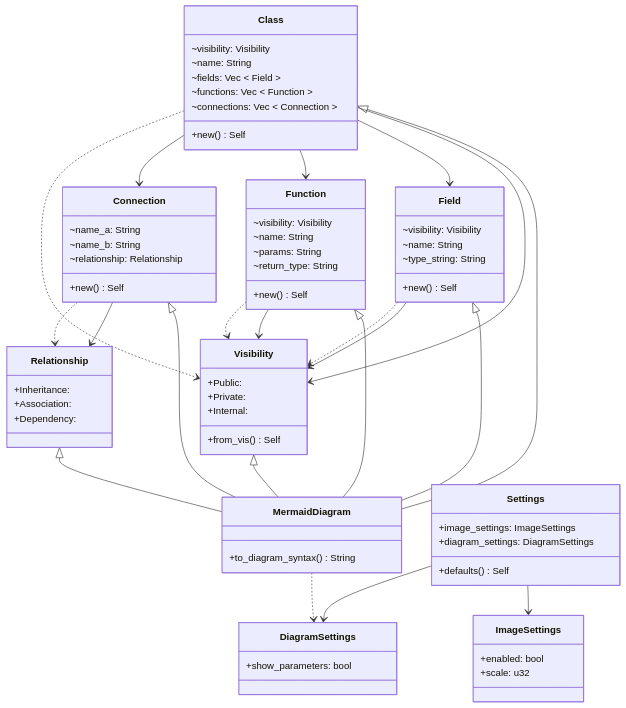
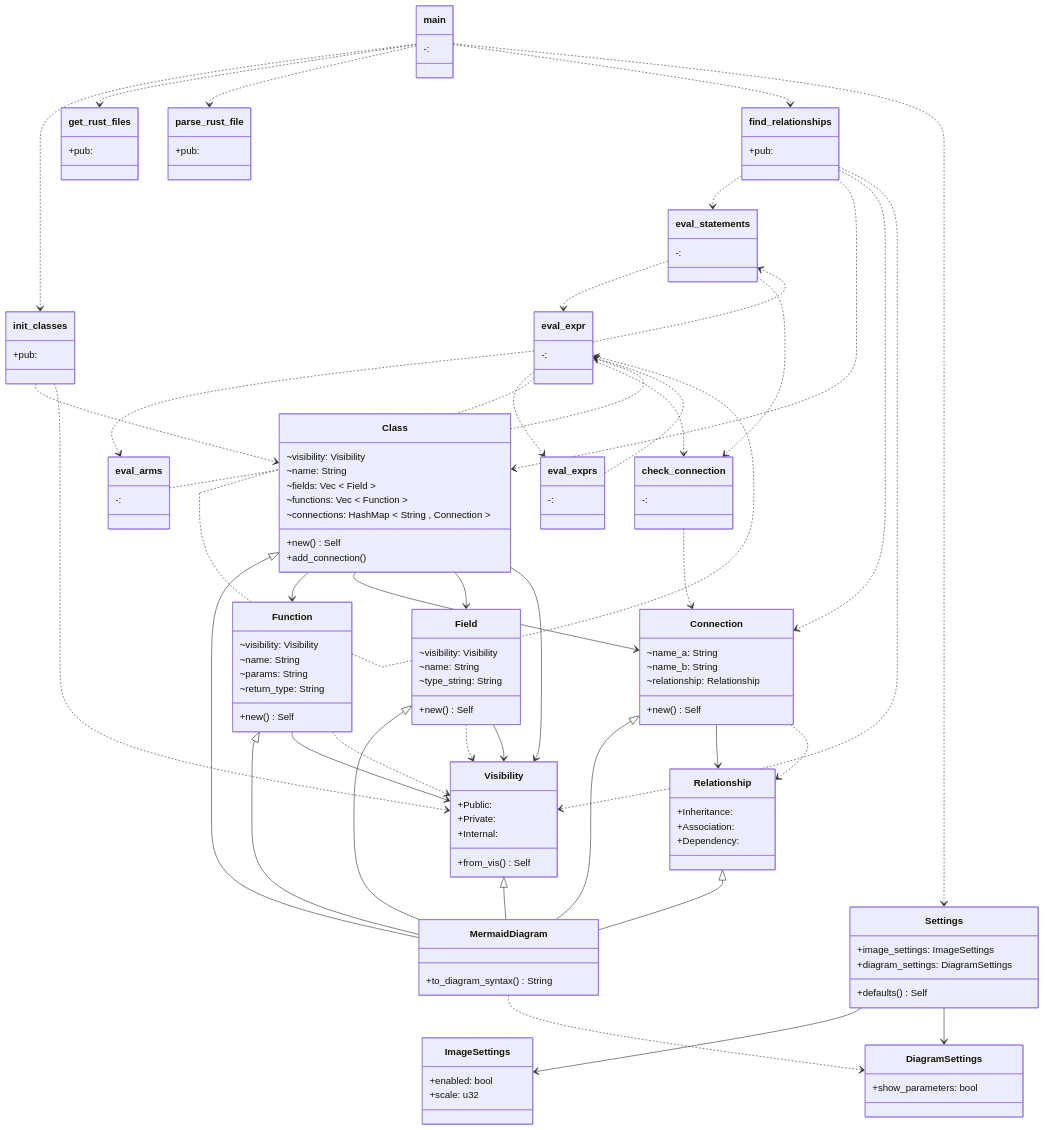
The diagram in diagram.mmd (gusjengis/mermaid-class-diagrams), drawn with Mermaid before and after one commit. The commit also changed other lines of this file and 9 other files, not shown here.

```diff
--- a/diagram.mmd
+++ b/diagram.mmd
@@ -1,75 +1,164 @@
 classDiagram
+
+class init_classes {
++pub: 
+}
+
+main ..> init_classes
+
+class get_rust_files {
++pub: 
+}
+
+main ..> get_rust_files
+
+class parse_rust_file {
++pub: 
+}
+
+main ..> parse_rust_file
 
 class MermaidDiagram {
 +to_diagram_syntax() String
 }
+
+Visibility <|-- MermaidDiagram
+Relationship <|-- MermaidDiagram
 Class <|-- MermaidDiagram
 Function <|-- MermaidDiagram
+Connection <|-- MermaidDiagram
 Field <|-- MermaidDiagram
-Visibility <|-- MermaidDiagram
-Connection <|-- MermaidDiagram
-Relationship <|-- MermaidDiagram
+
+class find_relationships {
++pub: 
+}
+
+main ..> find_relationships
+
+class eval_statements {
+-: 
+}
+
+find_relationships ..> eval_statements
+eval_expr ..> eval_statements
+
+class eval_arms {
+-: 
+}
+
+eval_expr ..> eval_arms
+
+class eval_exprs {
+-: 
+}
+
+eval_expr ..> eval_exprs
+
+class eval_expr {
+-: 
+}
+
+eval_arms ..> eval_expr
+eval_exprs ..> eval_expr
+eval_statements ..> eval_expr
+eval_expr ..> eval_expr
+
+class check_connection {
+-: 
+}
+
+eval_statements ..> check_connection
+eval_expr ..> check_connection
+
 class Class {
 ~visibility: Visibility
 ~name: String
 ~fields: Vec < Field >
 ~functions: Vec < Function >
-~connections: Vec < Connection >
+~connections: HashMap < String , Connection >
 +new() Self
++add_connection() 
 }
-Class --> Visibility
-Class --> Field
+
 Class --> Function
 Class --> Connection
-Class ..> Visibility
+Class --> Field
+find_relationships ..> Class
+Class --> Visibility
+init_classes ..> Class
+
 class Field {
 ~visibility: Visibility
 ~name: String
 ~type_string: String
 +new() Self
 }
+
+Field ..> Visibility
 Field --> Visibility
-Field ..> Visibility
+
 class Function {
 ~visibility: Visibility
 ~name: String
 ~params: String
 ~return_type: String
 +new() Self
 }
+
 Function --> Visibility
 Function ..> Visibility
+
 class Connection {
 ~name_a: String
 ~name_b: String
 ~relationship: Relationship
 +new() Self
 }
+
+find_relationships ..> Connection
 Connection --> Relationship
+check_connection ..> Connection
 Connection ..> Relationship
+
 class Relationship {
 +Inheritance: 
 +Association: 
 +Dependency: 
 }
+
+
 class Visibility {
 +Public: 
 +Private: 
 +Internal: 
 +from_vis() Self
 }
+
+find_relationships ..> Visibility
+init_classes ..> Visibility
+
 class Settings {
 +image_settings: ImageSettings
 +diagram_settings: DiagramSettings
 +defaults() Self
 }
+
+main ..> Settings
 Settings --> ImageSettings
 Settings --> DiagramSettings
+
 class ImageSettings {
 +enabled: bool
 +scale: u32
 }
+
+
 class DiagramSettings {
 +show_parameters: bool
 }
+
 MermaidDiagram ..> DiagramSettings
+
+class main {
+-: 
+}
```
